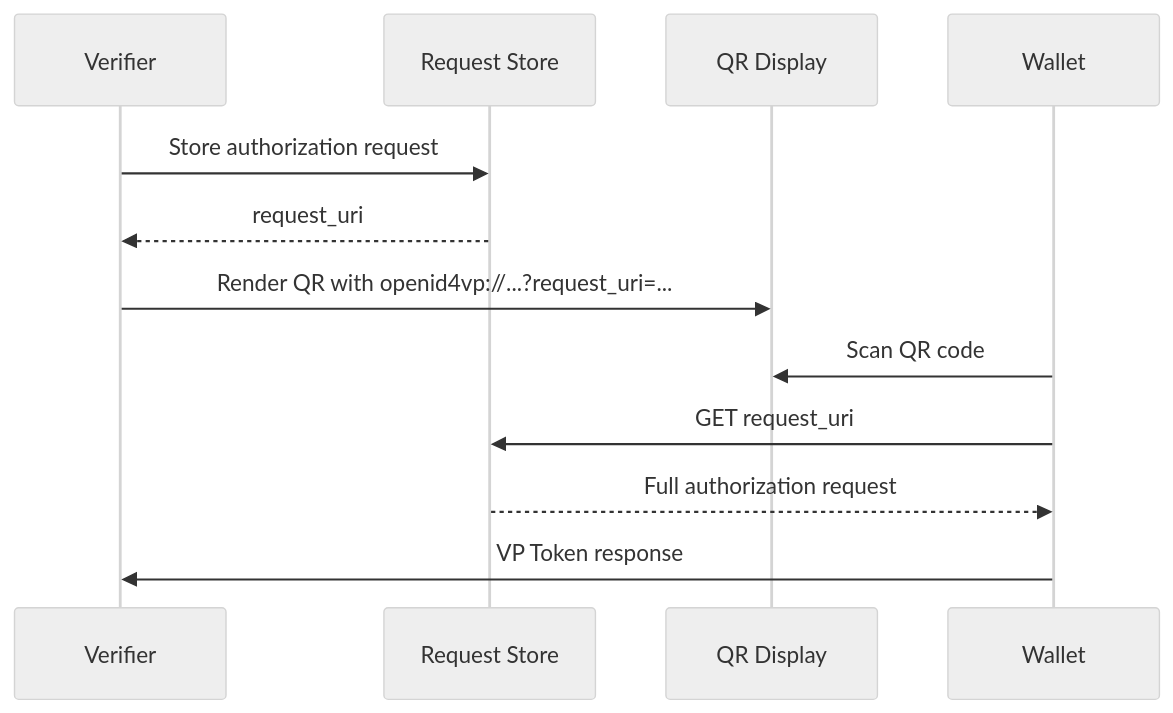
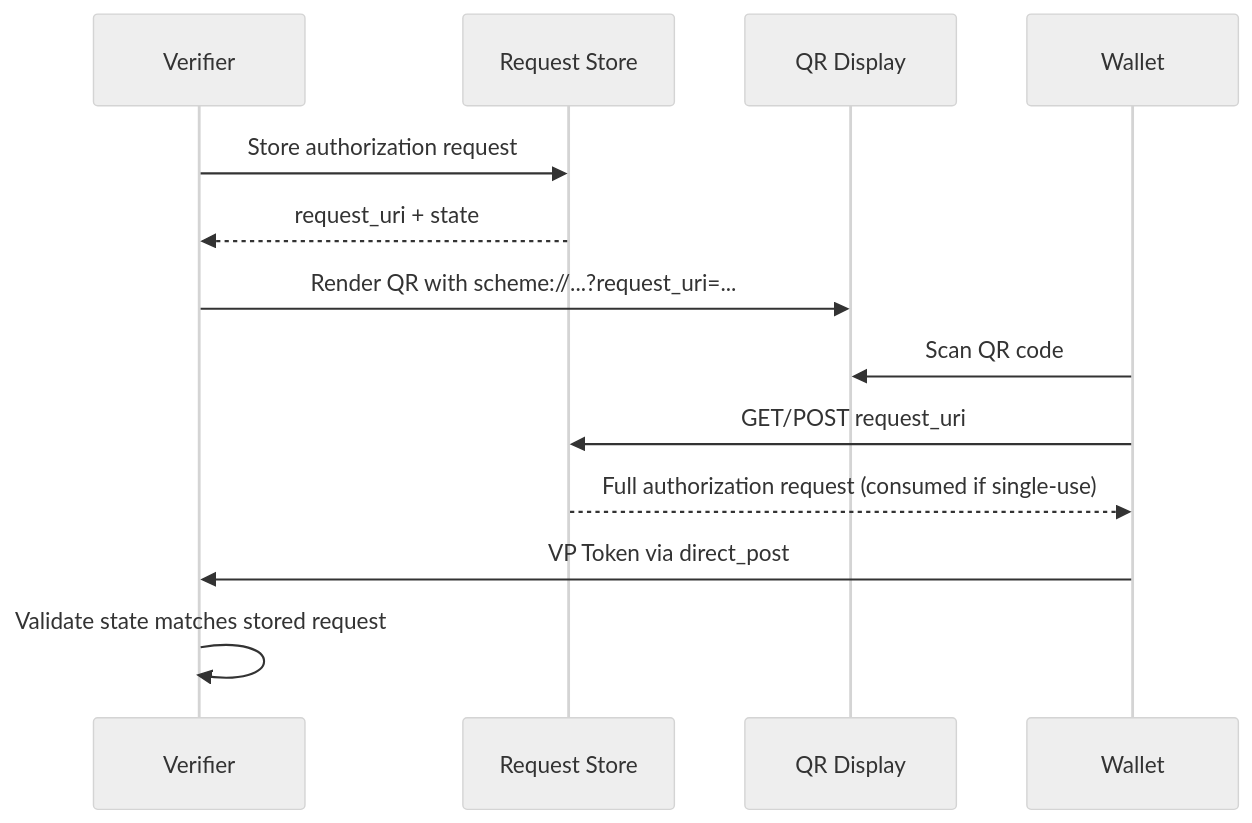
Before and after one commit to openwallet-foundation-labs/sd-jwt-dotnet: the second of 3 diagrams in docs/proposals/delivery-qr-deep-links.md, drawn with Mermaid (neutral theme). The commit also changed other lines of this file and 364 other files, not shown here.

````diff
--- a/docs/proposals/delivery-qr-deep-links.md
+++ b/docs/proposals/delivery-qr-deep-links.md
@@ -99,15 +166,16 @@
 ```mermaid
 sequenceDiagram
     participant Verifier
     participant ReqStore as Request Store
     participant QR as QR Display
     participant Wallet
 
     Verifier->>ReqStore: Store authorization request
-    ReqStore-->>Verifier: request_uri
-    Verifier->>QR: Render QR with openid4vp://...?request_uri=...
+    ReqStore-->>Verifier: request_uri + state
+    Verifier->>QR: Render QR with scheme://...?request_uri=...
     Wallet->>QR: Scan QR code
-    Wallet->>ReqStore: GET request_uri
-    ReqStore-->>Wallet: Full authorization request
-    Wallet->>Verifier: VP Token response
+    Wallet->>ReqStore: GET/POST request_uri
+    ReqStore-->>Wallet: Full authorization request (consumed if single-use)
+    Wallet->>Verifier: VP Token via direct_post
+    Verifier->>Verifier: Validate state matches stored request
 ```
````
